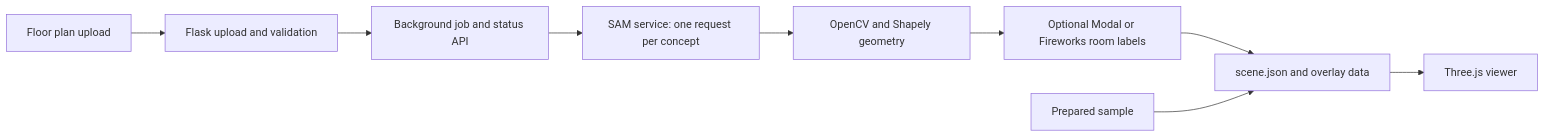
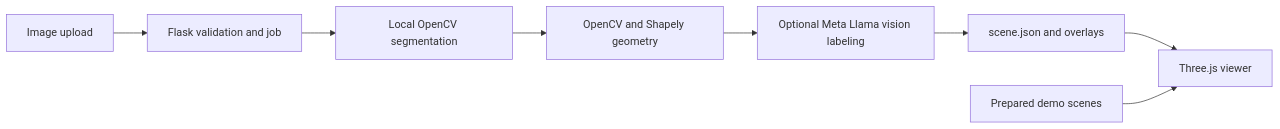
The diagram in README.md (tanmaysandhu55/meta-hackathon-blueprint3d), drawn with Mermaid before and after one commit. The commit also changed other lines of this file and 17 other files, not shown here.

Commit message:
feat: migrate to local segmentation and optional Meta Llama labels

````diff
--- a/README.md
+++ b/README.md
@@ -19,11 +7,10 @@
 ```mermaid
 flowchart LR
-    A[Floor plan upload] --> B[Flask upload and validation]
-    B --> C[Background job and status API]
-    C --> D[SAM service: one request per concept]
-    D --> E[OpenCV and Shapely geometry]
-    E --> F[Optional Modal or Fireworks room labels]
-    F --> G[scene.json and overlay data]
-    G --> H[Three.js viewer]
-    I[Prepared sample] --> G
+    A[Image upload] --> B[Flask validation and job]
+    B --> C[Local OpenCV segmentation]
+    C --> D[OpenCV and Shapely geometry]
+    D --> E[Optional Meta Llama vision labeling]
+    E --> F[scene.json and overlays]
+    F --> G[Three.js viewer]
+    H[Prepared demo scenes] --> G
 ```
````
